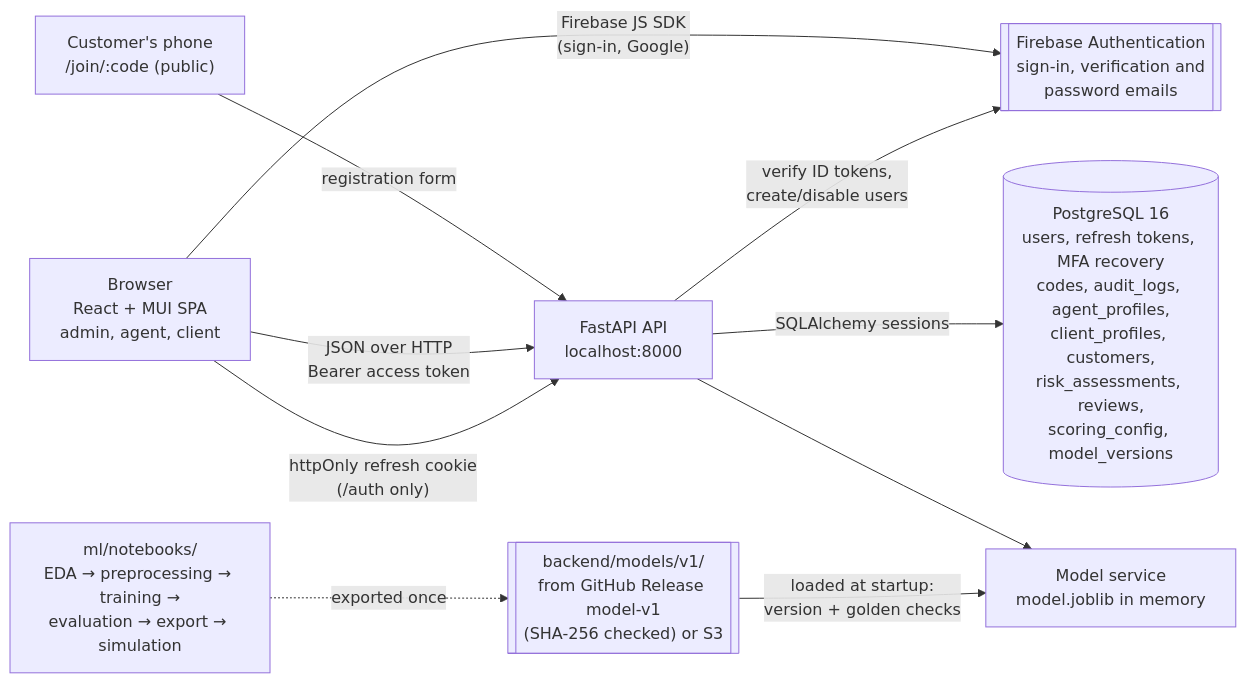
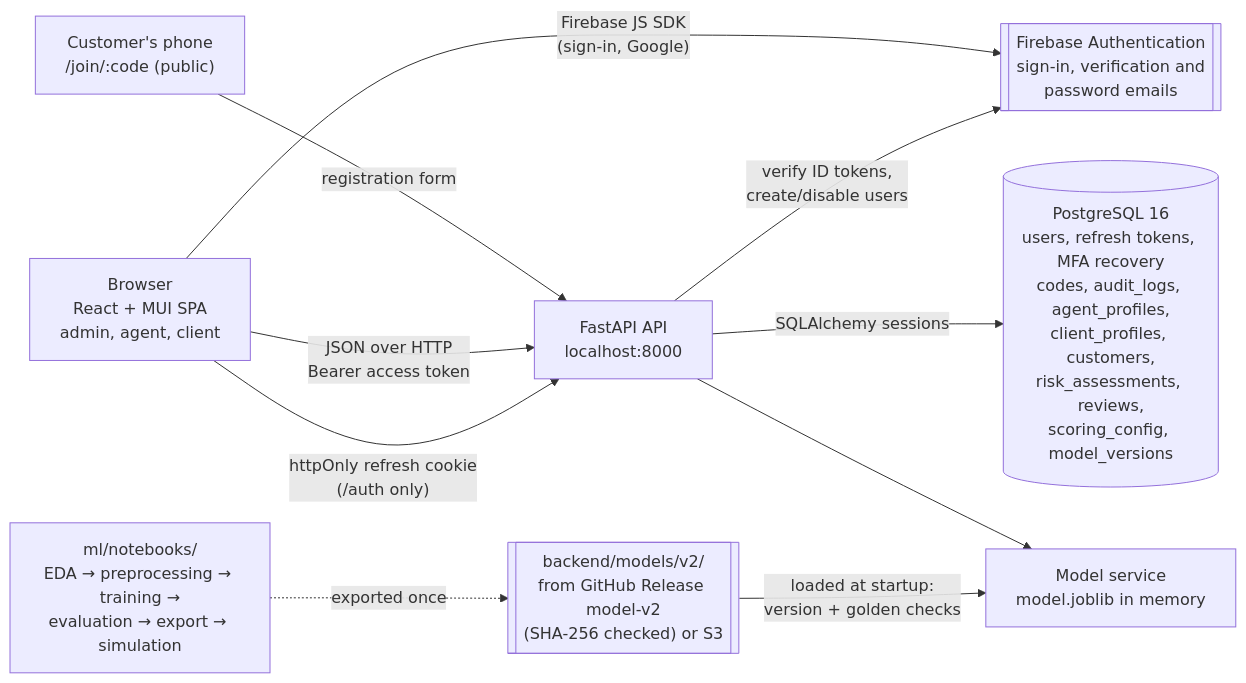
Before and after one commit to Myranyamwanda/Salesmesh: the first of 3 diagrams in docs/architecture.md, drawn with Mermaid. The commit also changed other lines of this file and 10 other files, not shown here.

````diff
--- a/docs/architecture.md
+++ b/docs/architecture.md
@@ -11,21 +11,21 @@
 ```mermaid
 flowchart LR
     customer["Customer's phone<br/>/join/:code (public)"]
     browser["Browser<br/>React + MUI SPA<br/>admin, agent, client"]
     api["FastAPI API<br/>localhost:8000"]
     db[("PostgreSQL 16<br/>users, refresh tokens, MFA recovery<br/>codes, audit_logs, agent_profiles,<br/>client_profiles, customers,<br/>risk_assessments, reviews,<br/>scoring_config, model_versions")]
     firebase[["Firebase Authentication<br/>sign-in, verification and<br/>password emails"]]
     model["Model service<br/>model.joblib in memory"]
-    files[["backend/models/v1/<br/>from GitHub Release model-v1<br/>(SHA-256 checked) or S3"]]
+    files[["backend/models/v2/<br/>from GitHub Release model-v2<br/>(SHA-256 checked) or S3"]]
     notebooks["ml/notebooks/<br/>EDA → preprocessing → training →<br/>evaluation → export → simulation"]
 
     customer -->|"registration form"| api
     browser -- "JSON over HTTP<br/>Bearer access token" --> api
     browser -- "httpOnly refresh cookie<br/>(/auth only)" --> api
     browser -- "Firebase JS SDK<br/>(sign-in, Google)" --> firebase
     api -- "verify ID tokens,<br/>create/disable users" --> firebase
     api -- "SQLAlchemy sessions" --> db
     api --> model
     files -->|"loaded at startup:<br/>version + golden checks"| model
     notebooks -.->|"exported once"| files
 ```
````
